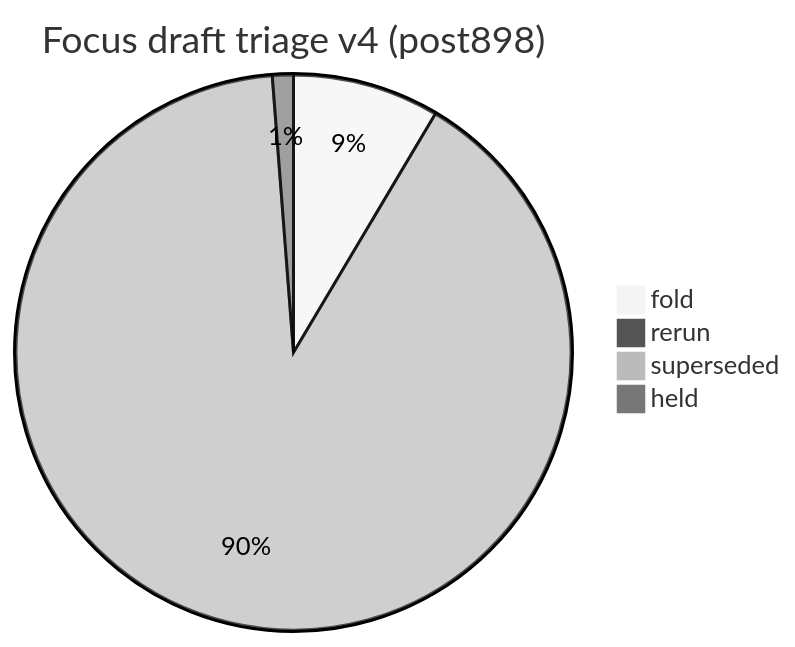
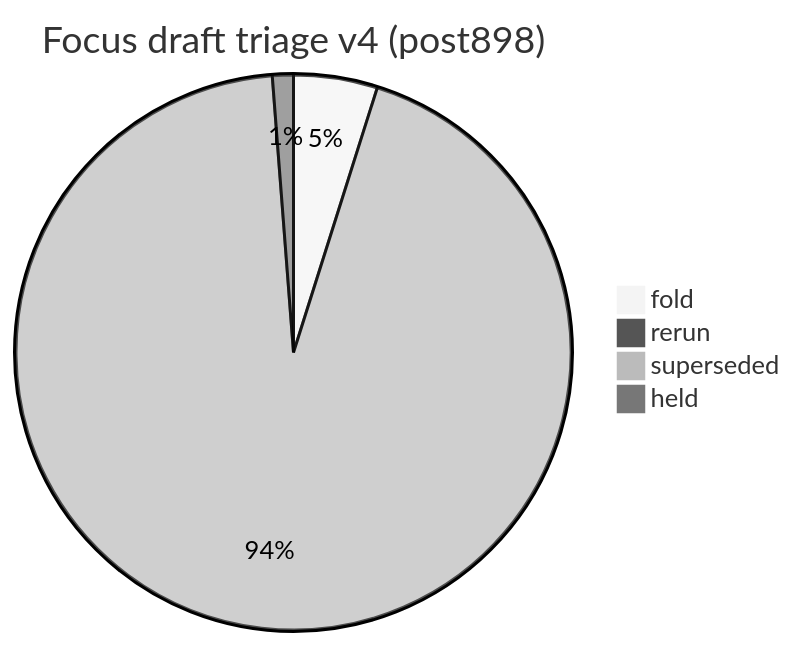
The first of 2 diagrams in docs/dev/open-draft-triage-post898-v4-2026-10-10.md (fuzzywigg/math-pentathlon), drawn with Mermaid (neutral theme) before and after one commit. The commit also changed other lines of this file and 2 other files, not shown here.

````diff
--- a/docs/dev/open-draft-triage-post898-v4-2026-10-10.md
+++ b/docs/dev/open-draft-triage-post898-v4-2026-10-10.md
@@ -113,7 +113,7 @@
 ```mermaid
 pie title Focus draft triage v4 (post898)
-  "fold" : 7
+  "fold" : 4
   "rerun" : 0
-  "superseded" : 74
+  "superseded" : 77
   "held" : 1
 ```
````
